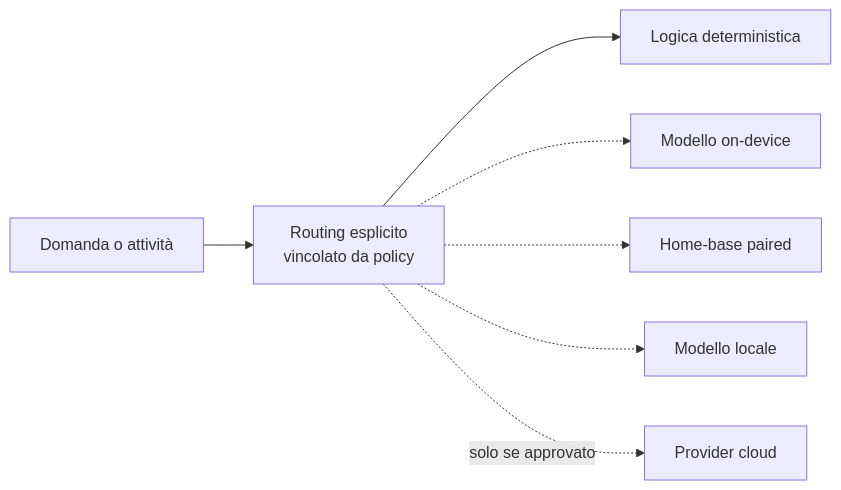
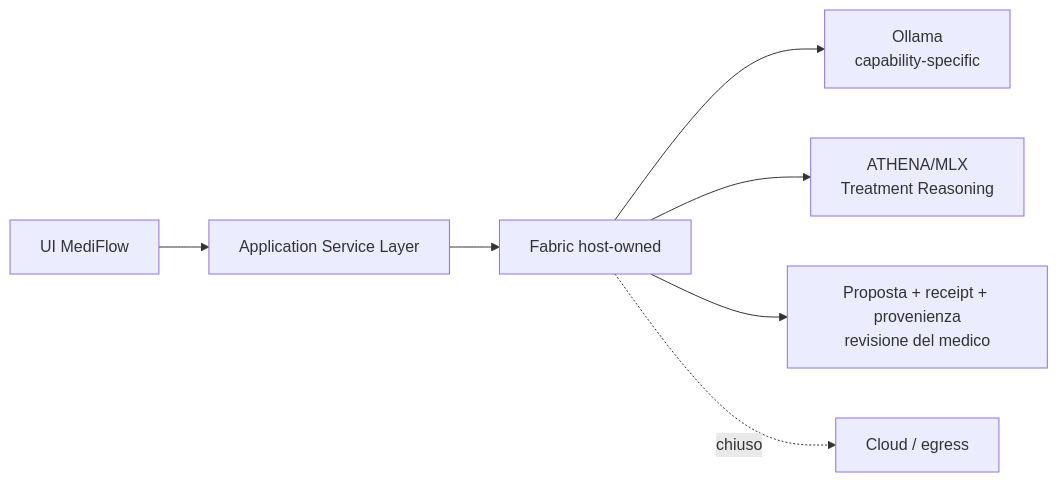
One commit to Wulfgardr/mediflow changed the second of 2 diagrams in README.md. Above: the diagram before and after it, drawn with Mermaid. The commit also changed other lines of this file and 4 other files, not shown here.

````diff
--- a/README.md
+++ b/README.md
@@ -114,9 +117,9 @@
 ```mermaid
 flowchart LR
-    task["Domanda o attività"] --> policy["Routing esplicito<br/>vincolato da policy"]
-    policy --> deterministic["Logica deterministica"]
-    policy -.-> device["Modello on-device"]
-    policy -.-> paired["Home-base paired"]
-    policy -.-> local["Modello locale"]
-    policy -. "solo se approvato" .-> cloud["Provider cloud"]
+    ui["UI MediFlow"] --> services["Application Service Layer"]
+    services --> fabric["Fabric host-owned"]
+    fabric --> ollama["Ollama<br/>capability-specific"]
+    fabric --> athena["ATHENA/MLX<br/>Treatment Reasoning"]
+    fabric --> review["Proposta + receipt + provenienza<br/>revisione del medico"]
+    fabric -. "chiuso" .-> cloud["Cloud / egress"]
 ```
````
